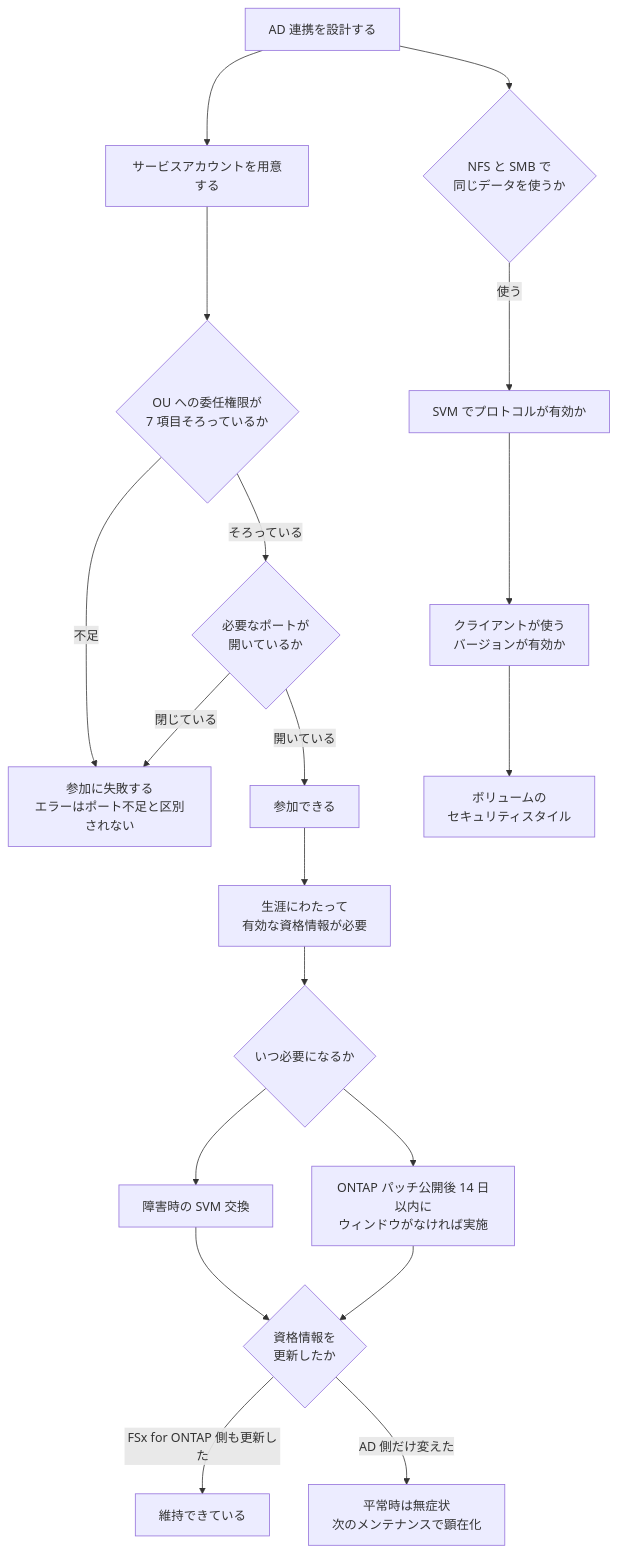
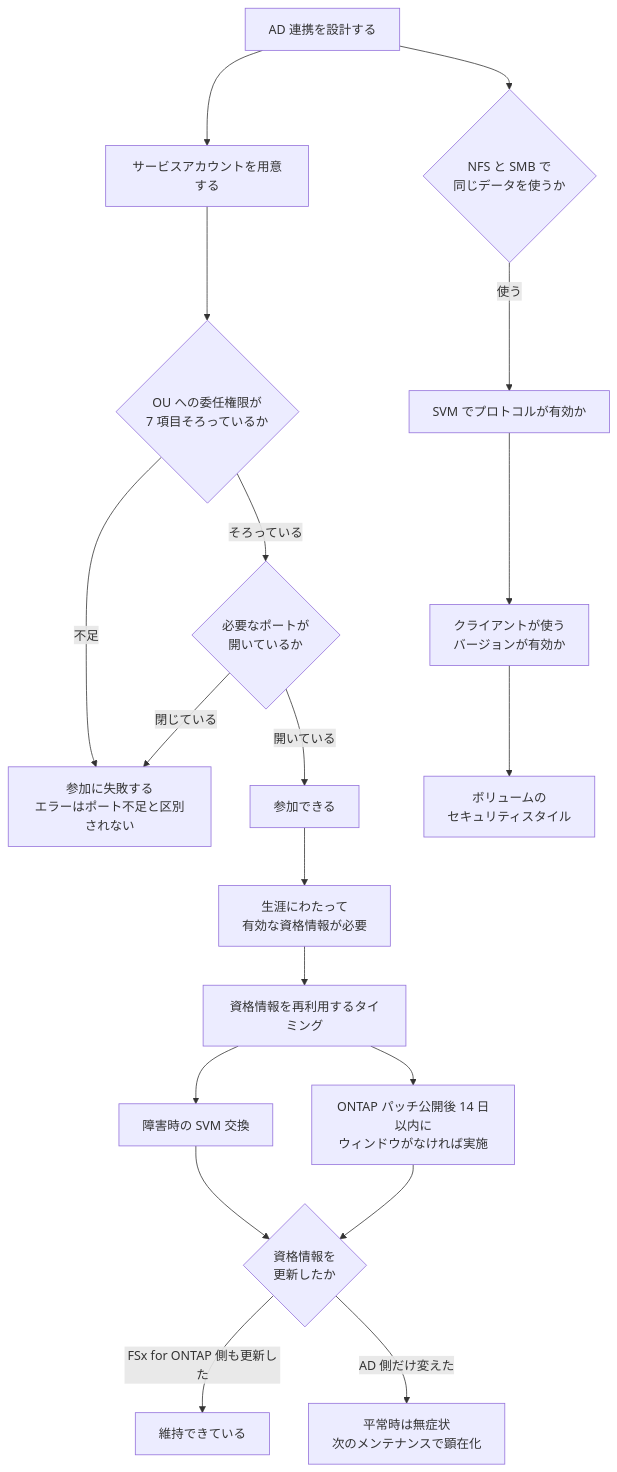
The diagram in docs/ja/domains/multiprotocol-identity/notes/ad-dependency-lasts-the-lifetime.md (Yoshiki0705/FSx-for-ONTAP-Adoption-Playbook), drawn with Mermaid before and after one commit. The commit also changed 27 other files, not shown here.

````diff
--- a/docs/ja/domains/multiprotocol-identity/notes/ad-dependency-lasts-the-lifetime.md
+++ b/docs/ja/domains/multiprotocol-identity/notes/ad-dependency-lasts-the-lifetime.md
@@ -125,24 +125,24 @@
 ```mermaid
 graph TD
     A[AD 連携を設計する] --> SA[サービスアカウントを用意する]
     SA --> PERM{OU への委任権限が<br/>7 項目そろっているか}
     PERM -->|不足| FAIL1["参加に失敗する<br/>エラーはポート不足と区別されない"]
     PERM -->|そろっている| PORT{必要なポートが<br/>開いているか}
     PORT -->|閉じている| FAIL1
     PORT -->|開いている| JOIN[参加できる]
 
     JOIN --> LIFE["生涯にわたって<br/>有効な資格情報が必要"]
-    LIFE --> WHEN{いつ必要になるか}
+    LIFE --> WHEN[資格情報を再利用するタイミング]
     WHEN --> W1[障害時の SVM 交換]
     WHEN --> W2["ONTAP パッチ公開後 14 日以内に<br/>ウィンドウがなければ実施"]
 
     W1 --> ROT{資格情報を<br/>更新したか}
     W2 --> ROT
     ROT -->|FSx for ONTAP 側も更新した| OK[維持できている]
     ROT -->|AD 側だけ変えた| LATENT["平常時は無症状<br/>次のメンテナンスで顕在化"]
 
     A --> DUAL{NFS と SMB で<br/>同じデータを使うか}
     DUAL -->|使う| L1[SVM でプロトコルが有効か]
     L1 --> L2[クライアントが使う<br/>バージョンが有効か]
     L2 --> L3[ボリュームの<br/>セキュリティスタイル]
 ```
````
